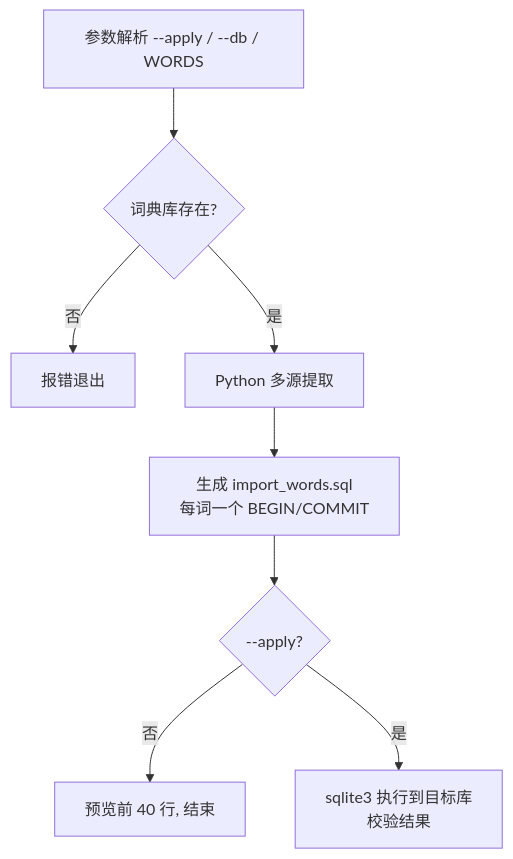
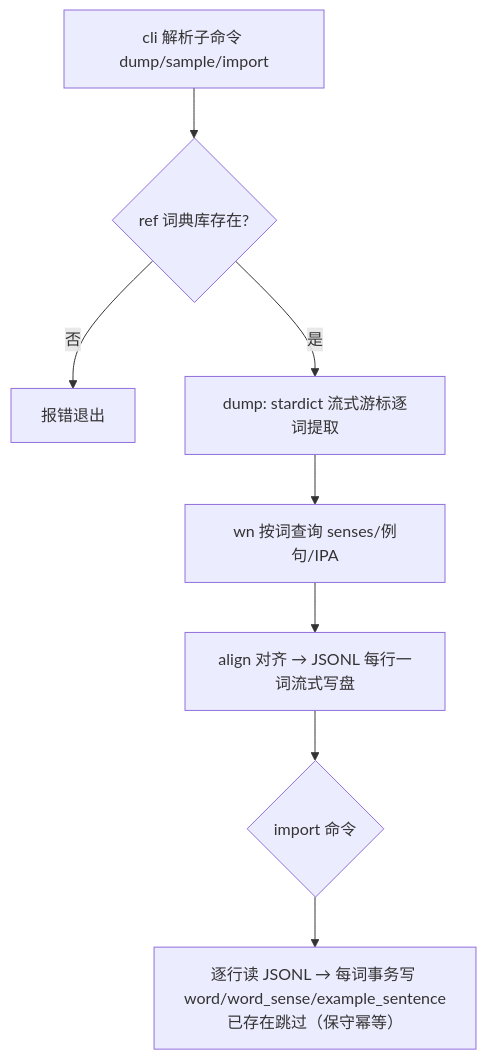
One commit to kindywu/contexta changed the first of 2 diagrams in impl/app/flutter/docs/import_stardict_words.md. Above: the diagram before and after it, drawn with Mermaid. The commit also changed other lines of this file and 2 other files, not shown here.

First line of the commit message:
feat(etl): 词典导入生成器 Rust 版（dump/import 双命令，JSONL 中间数据，流式 <100MB）

````diff
--- a/impl/app/flutter/docs/import_stardict_words.md
+++ b/impl/app/flutter/docs/import_stardict_words.md
@@ -8,10 +9,10 @@
 ```mermaid
 flowchart TD
-    A[参数解析 --apply / --db / WORDS] --> B{词典库存在?}
+    A[cli 解析子命令 dump/sample/import] --> B{ref 词典库存在?}
     B -->|否| E[报错退出]
-    B -->|是| C[Python 多源提取]
-    C --> D[生成 import_words.sql<br/>每词一个 BEGIN/COMMIT]
-    D --> F{--apply?}
-    F -->|否| G[预览前 40 行, 结束]
-    F -->|是| H[sqlite3 执行到目标库<br/>校验结果]
+    B -->|是| C[dump: stardict 流式游标逐词提取]
+    C --> D[wn 按词查询 senses/例句/IPA]
+    D --> F[align 对齐 → JSONL 每行一词流式写盘]
+    F --> G{import 命令}
+    G --> H[逐行读 JSONL → 每词事务写 word/word_sense/example_sentence<br/>已存在跳过（保守幂等）]
 ```
````
